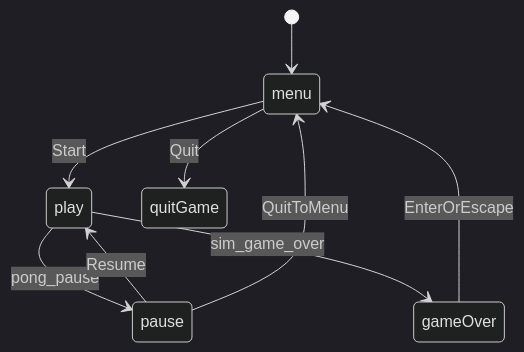
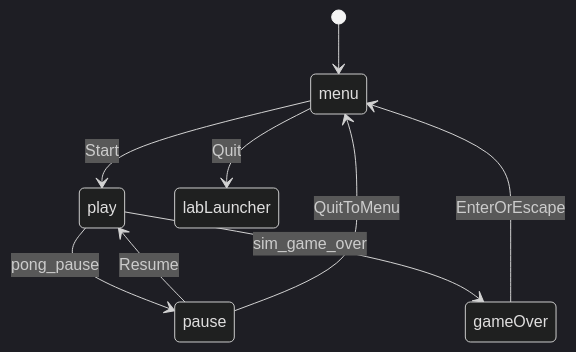
One commit to kblaszki/godot-game changed the first of 2 diagrams in games/pong/docs/explanation/flow.md. Above: the diagram before and after it, drawn with Mermaid (dark theme). The commit also changed other lines of this file and 14 other files, not shown here.

First line of the commit message:
Add nested lab launcher and return-to-lab quit.

````diff
--- a/games/pong/docs/explanation/flow.md
+++ b/games/pong/docs/explanation/flow.md
@@ -38,11 +38,11 @@
 ```mermaid
 stateDiagram-v2
   [*] --> menu
   menu --> play: Start
   play --> pause: pong_pause
   pause --> play: Resume
   pause --> menu: QuitToMenu
   play --> gameOver: sim_game_over
   gameOver --> menu: EnterOrEscape
-  menu --> quitGame: Quit
+  menu --> labLauncher: Quit
 ```
````
